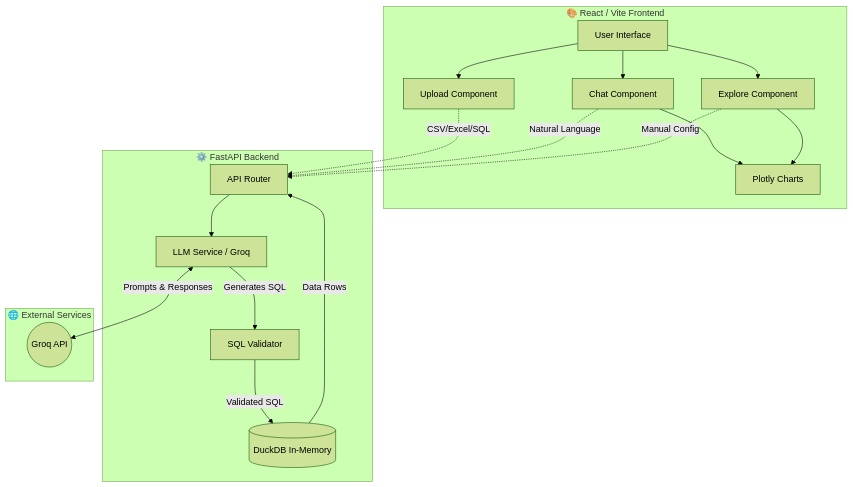
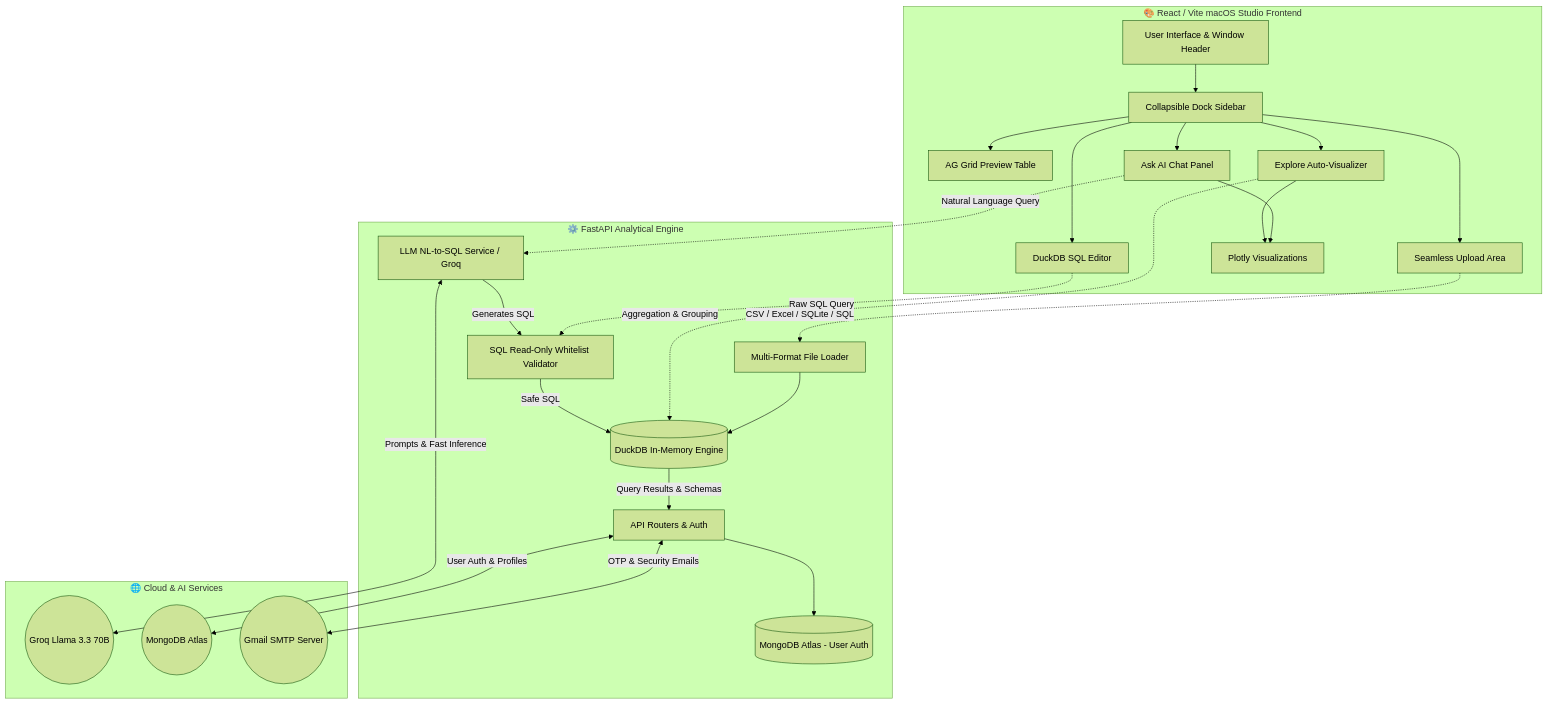
One commit to pratikadamas/Ai-Data-Analysis changed the diagram in ARCHITECTURE.md. Above: the diagram before and after it, drawn with Mermaid (forest theme). The commit also changed 2 other files, not shown here.

Commit message:
feat(ui & docs): polish mobile toast pill styling with iOS blur and update markdown architecture guides

````diff
--- a/ARCHITECTURE.md
+++ b/ARCHITECTURE.md
@@ -21,38 +21,52 @@
 ```mermaid
 graph TD
-    subgraph Frontend [🎨 React / Vite Frontend]
-        UI[User Interface]
-        Upload[Upload Component]
-        Chat[Chat Component]
-        Explore[Explore Component]
-        Charts[Plotly Charts]
+    subgraph Frontend [🎨 React / Vite macOS Studio Frontend]
+        UI[User Interface & Window Header]
+        Sidebar[Collapsible Dock Sidebar]
+        Upload[Seamless Upload Area]
+        Preview[AG Grid Preview Table]
+        Chat[Ask AI Chat Panel]
+        Explore[Explore Auto-Visualizer]
+        SQLEditor[DuckDB SQL Editor]
+        Charts[Plotly Visualizations]
         
-        UI --> Upload
-        UI --> Chat
-        UI --> Explore
+        UI --> Sidebar
+        Sidebar --> Upload
+        Sidebar --> Preview
+        Sidebar --> Chat
+        Sidebar --> Explore
+        Sidebar --> SQLEditor
         Chat --> Charts
         Explore --> Charts
     end
 
-    subgraph Backend [⚙️ FastAPI Backend]
-        API[API Router]
-        LLM[LLM Service / Groq]
-        SQLValid[SQL Validator]
-        DuckDB[(DuckDB In-Memory)]
+    subgraph Backend [⚙️ FastAPI Analytical Engine]
+        API[API Routers & Auth]
+        FileLoader[Multi-Format File Loader]
+        LLM[LLM NL-to-SQL Service / Groq]
+        SQLValid[SQL Read-Only Whitelist Validator]
+        DuckDB[(DuckDB In-Memory Engine)]
+        MongoDB[(MongoDB Atlas - User Auth)]
         
-        Upload -.->|CSV/Excel/SQL| API
-        Chat -.->|Natural Language| API
-        Explore -.->|Manual Config| API
+        Upload -.->|CSV / Excel / SQLite / SQL| FileLoader
+        FileLoader --> DuckDB
+        Chat -.->|Natural Language Query| LLM
+        Explore -.->|Aggregation & Grouping| DuckDB
+        SQLEditor -.->|Raw SQL Query| SQLValid
         
-        API --> LLM
+        API --> MongoDB
         LLM -->|Generates SQL| SQLValid
-        SQLValid -->|Validated SQL| DuckDB
-        DuckDB -->|Data Rows| API
+        SQLValid -->|Safe SQL| DuckDB
+        DuckDB -->|Query Results & Schemas| API
     end
 
-    subgraph External [🌐 External Services]
-        GroqCloud((Groq API))
+    subgraph External [🌐 Cloud & AI Services]
+        GroqCloud((Groq Llama 3.3 70B))
+        MongoCloud((MongoDB Atlas))
+        SMTPServer((Gmail SMTP Server))
     end
 
-    LLM <-->|Prompts & Responses| GroqCloud
+    LLM <-->|Prompts & Fast Inference| GroqCloud
+    API <-->|User Auth & Profiles| MongoCloud
+    API <-->|OTP & Security Emails| SMTPServer
 ```
````
